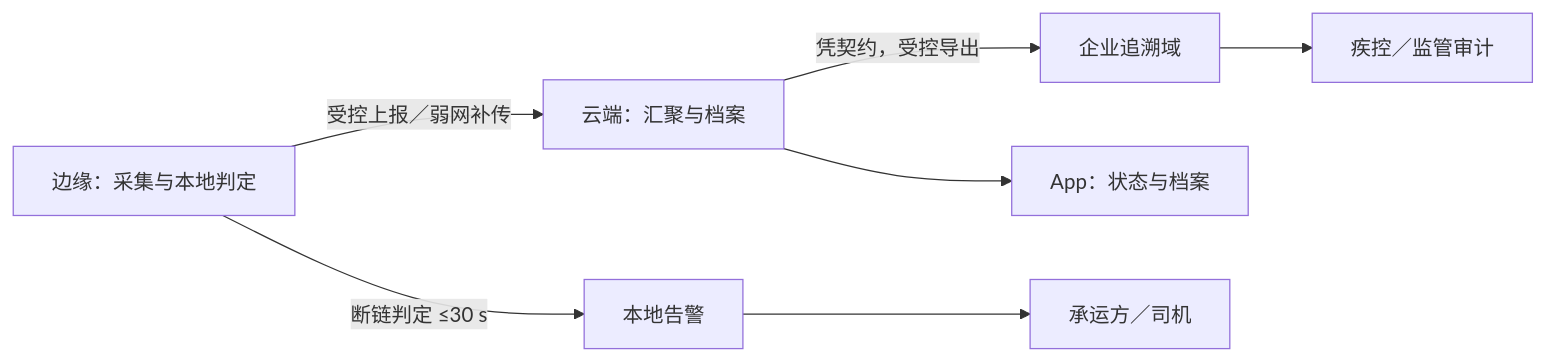
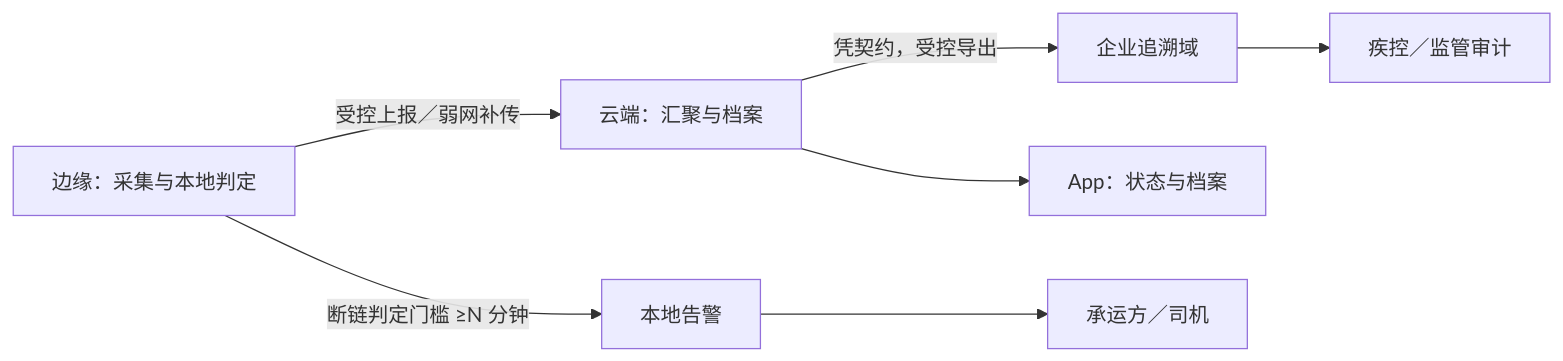
One commit to Yongjunzhou/business-Engineering changed the tenth of 11 diagrams in 10-系统工程研究/00-系统工程相关研究报告/37-架构视图口径研究报告-从三词定位到七类视图与三张清单并附HUD·EOS·冷链·合同审批四套示例.md. Above: the diagram before and after it, drawn with Mermaid. The commit also changed other lines of this file and 11 other files, not shown here.

````diff
--- a/10-系统工程研究/00-系统工程相关研究报告/37-架构视图口径研究报告-从三词定位到七类视图与三张清单并附HUD·EOS·冷链·合同审批四套示例.md
+++ b/10-系统工程研究/00-系统工程相关研究报告/37-架构视图口径研究报告-从三词定位到七类视图与三张清单并附HUD·EOS·冷链·合同审批四套示例.md
@@ -1849,9 +1978,9 @@
 ```mermaid
 flowchart LR
-  EDGE["边缘：采集与本地判定"] -->|断链判定 ≤30 s| ALARM["本地告警"]
+  EDGE["边缘：采集与本地判定"] -->|断链判定门槛 ≥N 分钟| ALARM["本地告警"]
   EDGE -->|受控上报／弱网补传| CLOUD["云端：汇聚与档案"]
   CLOUD -->|凭契约，受控导出| TRACE["企业追溯域"]
   CLOUD --> APP["App：状态与档案"]
   ALARM --> CREW["承运方／司机"]
   TRACE --> AUDIT["疾控／监管审计"]
 ```
````
